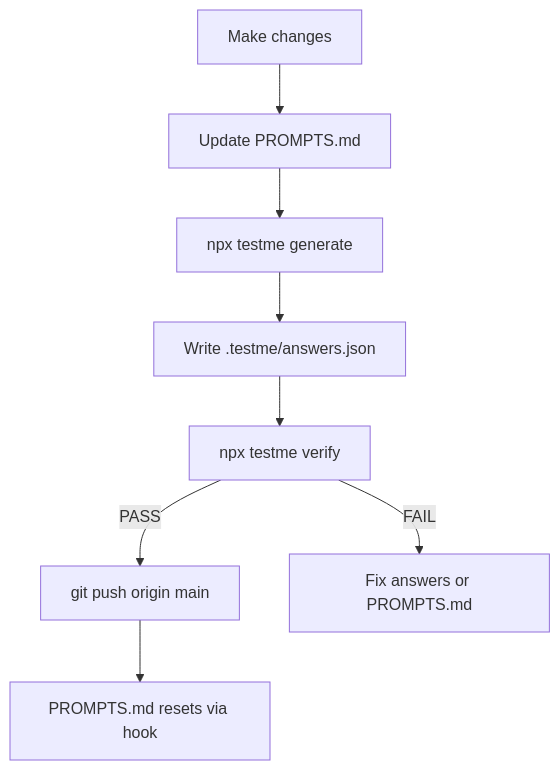
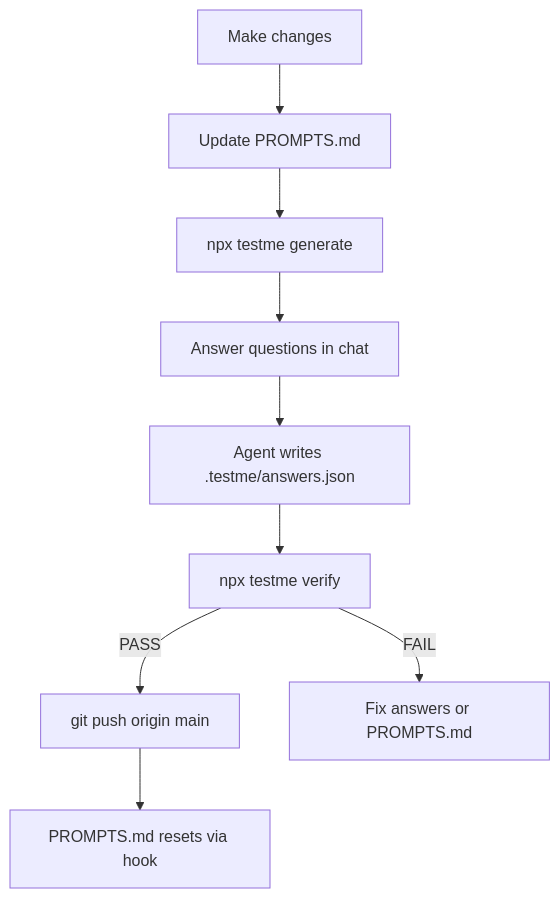
One commit to ROrmand/testme changed the diagram in README.md. Above: the diagram before and after it, drawn with Mermaid. The commit also changed other lines of this file and 10 other files, not shown here.

````diff
--- a/README.md
+++ b/README.md
@@ -20,10 +20,11 @@
 ```mermaid
 flowchart TD
     work[Make changes] --> prompts[Update PROMPTS.md]
     prompts --> gen[npx testme generate]
-    gen --> answer[Write .testme/answers.json]
-    answer --> verify[npx testme verify]
+    gen --> answer[Answer questions in chat]
+    answer --> write[Agent writes .testme/answers.json]
+    write --> verify[npx testme verify]
     verify -->|PASS| push[git push origin main]
     verify -->|FAIL| fix[Fix answers or PROMPTS.md]
     push --> reset[PROMPTS.md resets via hook]
 ```
````
